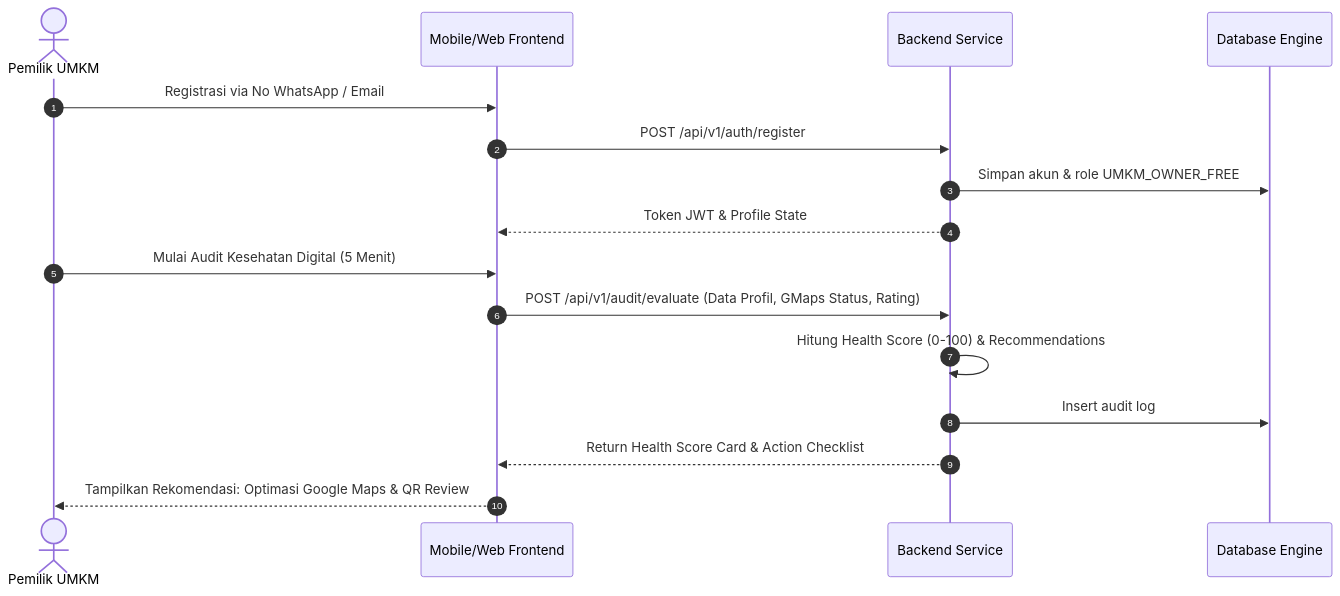
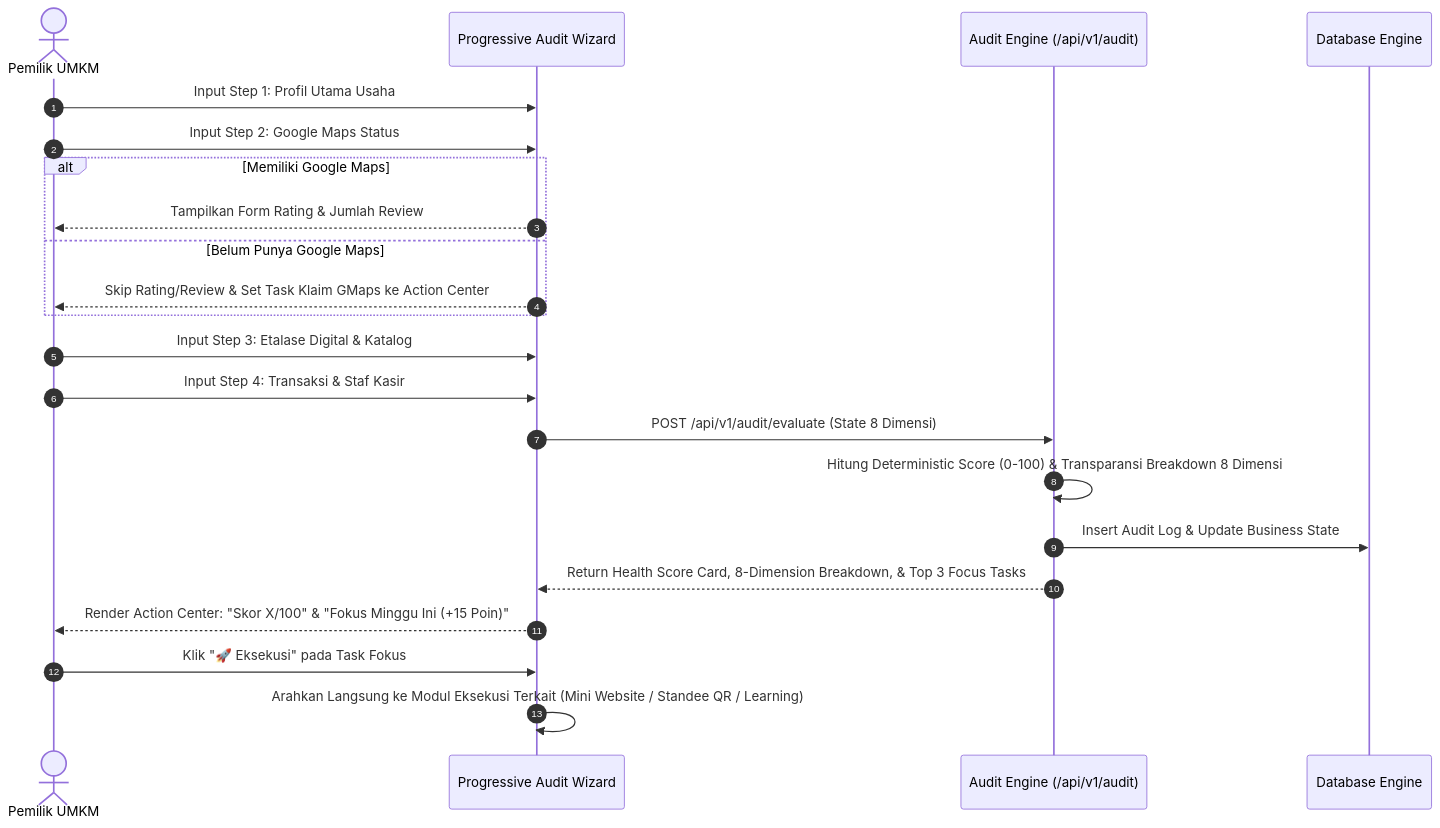
One commit to Raskzor/umkm changed the first of 6 diagrams in docs/USER_FLOWS.md. Above: the diagram before and after it, drawn with Mermaid. The commit also changed other lines of this file and 5 other files, not shown here.

Commit message:
docs: add comprehensive architecture, API, RBAC matrix, and user flow documentation

````diff
--- a/docs/USER_FLOWS.md
+++ b/docs/USER_FLOWS.md
@@ -6,20 +6,27 @@
 ```mermaid
 sequenceDiagram
     autonumber
     actor UMKM as Pemilik UMKM
-    participant UI as Mobile/Web Frontend
-    participant API as Backend Service
+    participant UI as Progressive Audit Wizard
+    participant API as Audit Engine (/api/v1/audit)
     participant DB as Database Engine
 
-    UMKM->>UI: Registrasi via No WhatsApp / Email
-    UI->>API: POST /api/v1/auth/register
-    API->>DB: Simpan akun & role UMKM_OWNER_FREE
-    API-->>UI: Token JWT & Profile State
-
-    UMKM->>UI: Mulai Audit Kesehatan Digital (5 Menit)
-    UI->>API: POST /api/v1/audit/evaluate (Data Profil, GMaps Status, Rating)
-    API->>API: Hitung Health Score (0-100) & Recommendations
-    API->>DB: Insert audit log
-    API-->>UI: Return Health Score Card & Action Checklist
-    UI-->>UMKM: Tampilkan Rekomendasi: Optimasi Google Maps & QR Review
+    UMKM->>UI: Input Step 1: Profil Utama Usaha
+    UMKM->>UI: Input Step 2: Google Maps Status
+    alt Memiliki Google Maps
+        UI-->>UMKM: Tampilkan Form Rating & Jumlah Review
+    else Belum Punya Google Maps
+        UI-->>UMKM: Skip Rating/Review & Set Task Klaim GMaps ke Action Center
+    end
+    UMKM->>UI: Input Step 3: Etalase Digital & Katalog
+    UMKM->>UI: Input Step 4: Transaksi & Staf Kasir
+    
+    UI->>API: POST /api/v1/audit/evaluate (State 8 Dimensi)
+    API->>API: Hitung Deterministic Score (0-100) & Transparansi Breakdown 8 Dimensi
+    API->>DB: Insert Audit Log & Update Business State
+    API-->>UI: Return Health Score Card, 8-Dimension Breakdown, & Top 3 Focus Tasks
+    
+    UI-->>UMKM: Render Action Center: "Skor X/100" & "Fokus Minggu Ini (+15 Poin)"
+    UMKM->>UI: Klik "🚀 Eksekusi" pada Task Fokus
+    UI->>UI: Arahkan Langsung ke Modul Eksekusi Terkait (Mini Website / Standee QR / Learning)
 ```
````
